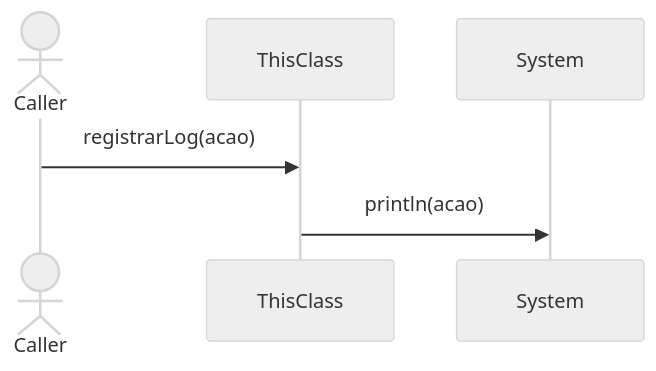
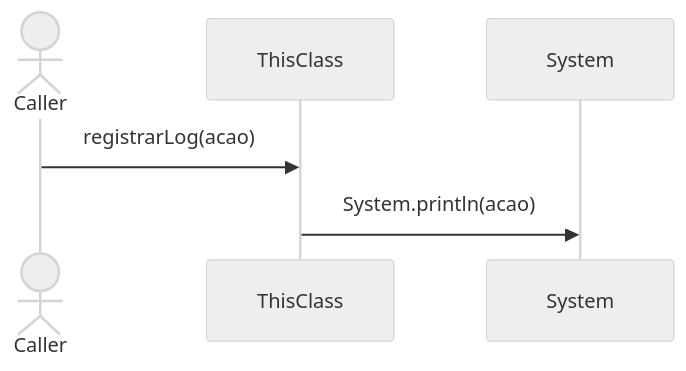
The fourth of 4 diagrams in docs/UsuarioService.md (FelipeMCassiano/geanky), drawn with Mermaid (neutral theme) before and after one commit. The commit also changed other lines of this file and 6 other files, not shown here.

````diff
--- a/docs/UsuarioService.md
+++ b/docs/UsuarioService.md
@@ -133,10 +133,10 @@
 ```mermaid
 sequenceDiagram
     actor Caller
     participant ThisClass
     participant System
 
     Caller->>ThisClass: registrarLog(acao)
-    ThisClass->>System: println(acao)
+    ThisClass->>System: System.println(acao)
 
 ```
````
